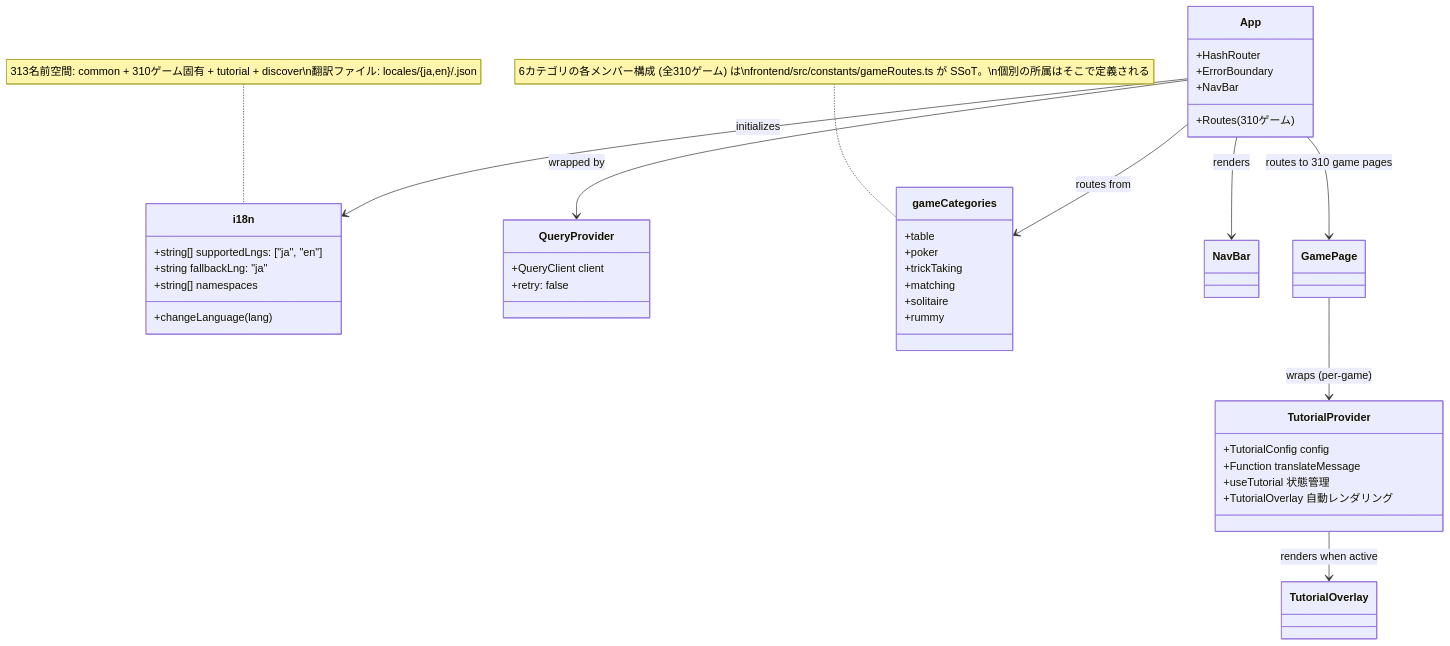
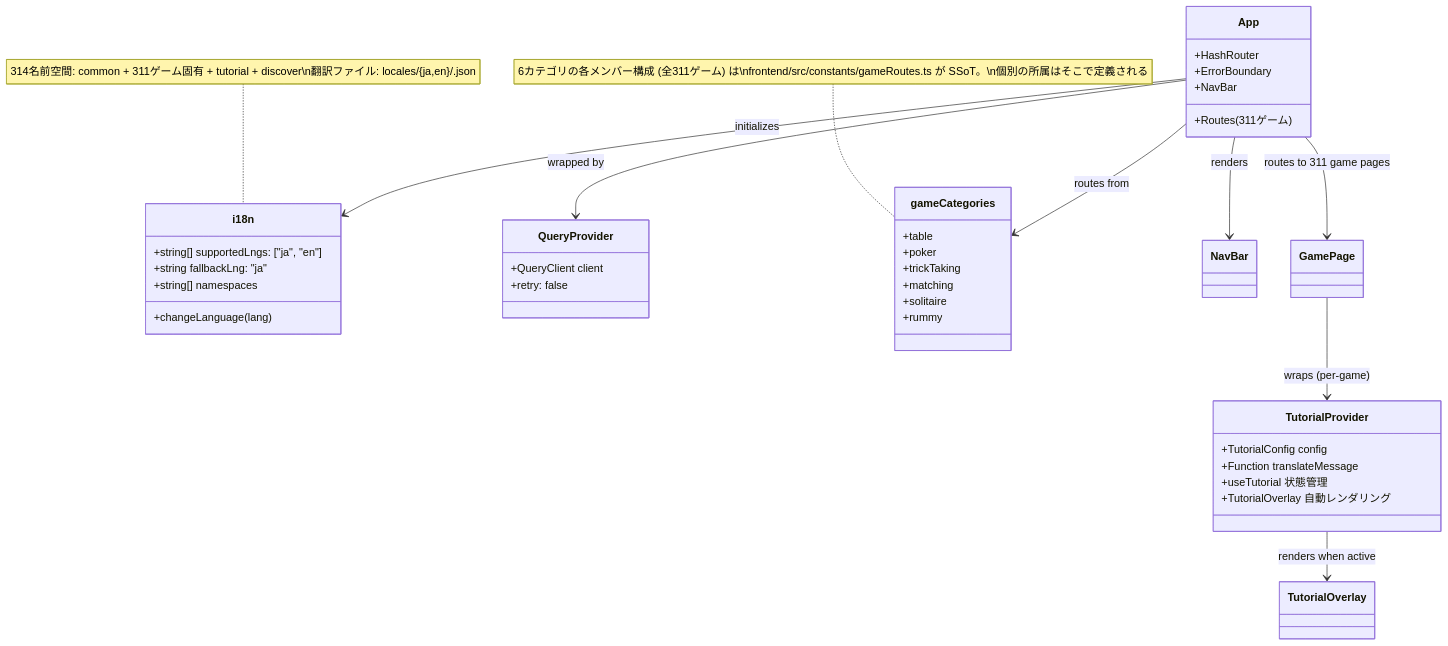
Before and after one commit to yuta-yoshinaga/go_trumpcards: the ninth of 49 diagrams in docs/design/frontend.md, drawn with Mermaid. The commit also changed other lines of this file and 36 other files, not shown here.

````diff
--- a/docs/design/frontend.md
+++ b/docs/design/frontend.md
@@ -1869,48 +1869,48 @@
 ```mermaid
 classDiagram
     class i18n {
         +string[] supportedLngs: ["ja", "en"]
         +string fallbackLng: "ja"
         +string[] namespaces
         +changeLanguage(lang)
     }
 
     class QueryProvider {
         +QueryClient client
         +retry: false
     }
 
     class App {
         +HashRouter
         +ErrorBoundary
         +NavBar
-        +Routes (310ゲーム)
+        +Routes (311ゲーム)
     }
 
     class gameCategories {
         +table
         +poker
         +trickTaking
         +matching
         +solitaire
         +rummy
     }
-    note for gameCategories "6カテゴリの各メンバー構成 (全310ゲーム) は\nfrontend/src/constants/gameRoutes.ts が SSoT。\n個別の所属はそこで定義される"
+    note for gameCategories "6カテゴリの各メンバー構成 (全311ゲーム) は\nfrontend/src/constants/gameRoutes.ts が SSoT。\n個別の所属はそこで定義される"
 
     class TutorialProvider {
         +TutorialConfig config
         +Function translateMessage
         +useTutorial 状態管理
         +TutorialOverlay 自動レンダリング
     }
 
     App --> QueryProvider : wrapped by
     App --> i18n : initializes
     App --> gameCategories : routes from
     App --> NavBar : renders
-    App --> GamePage : routes to 310 game pages
+    App --> GamePage : routes to 311 game pages
     GamePage --> TutorialProvider : wraps (per-game)
     TutorialProvider --> TutorialOverlay : renders when active
 
-    note for i18n "313名前空間: common + 310ゲーム固有 + tutorial + discover\n翻訳ファイル: locales/{ja,en}/<game>.json"
+    note for i18n "314名前空間: common + 311ゲーム固有 + tutorial + discover\n翻訳ファイル: locales/{ja,en}/<game>.json"
 ```
````
